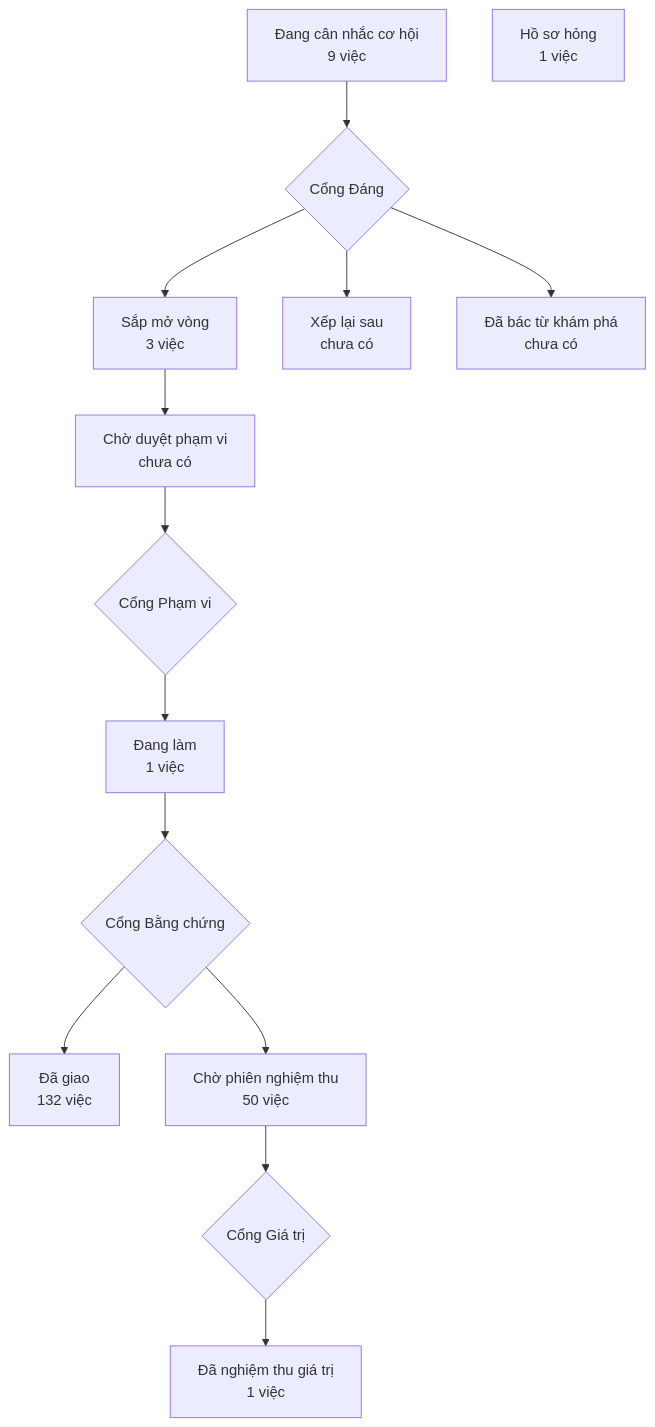
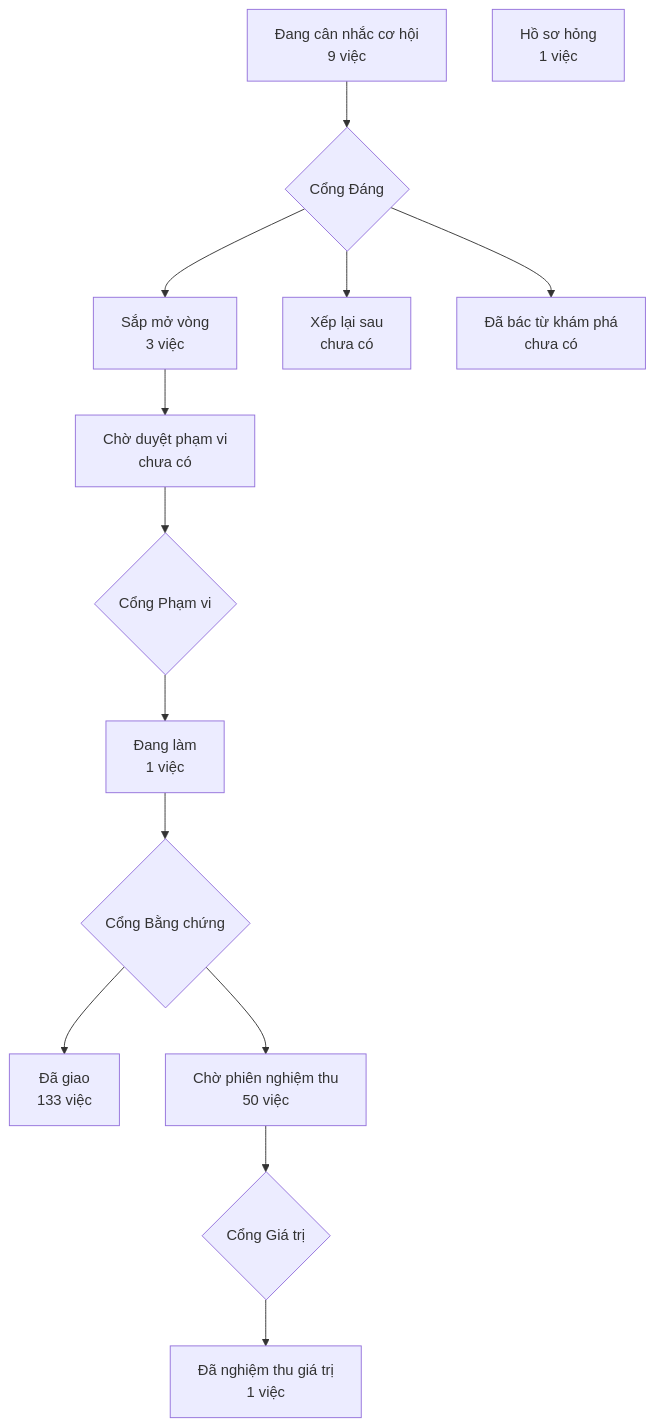
Before and after one commit to phanlemanh/crm-onehub: the diagram in PRODUCT-MAP.md, drawn with Mermaid. The commit also changed other lines of this file and 1 other file, not shown here.

Commit message:
chore: vẽ lại bản đồ sản phẩm từ bản sạch sau chữ ký sua-paths-e5-soan-okr

````diff
--- a/PRODUCT-MAP.md
+++ b/PRODUCT-MAP.md
@@ -7,13 +7,13 @@
 ```mermaid
 flowchart TD
   A["Đang cân nhắc cơ hội<br/>9 việc"] --> GD{"Cổng Đáng"}
   GD --> B["Sắp mở vòng<br/>3 việc"]
   GD --> XL["Xếp lại sau<br/>chưa có"]
   GD --> DB["Đã bác từ khám phá<br/>chưa có"]
   B --> CD["Chờ duyệt phạm vi<br/>chưa có"] --> GP{"Cổng Phạm vi"}
   GP --> DL["Đang làm<br/>1 việc"] --> GB{"Cổng Bằng chứng"}
-  GB --> DG["Đã giao<br/>132 việc"]
+  GB --> DG["Đã giao<br/>133 việc"]
   GB --> CN["Chờ phiên nghiệm thu<br/>50 việc"] --> GG{"Cổng Giá trị"}
   GG --> NT["Đã nghiệm thu giá trị<br/>1 việc"]
   HS["Hồ sơ hỏng<br/>1 việc"]
 ```
````
